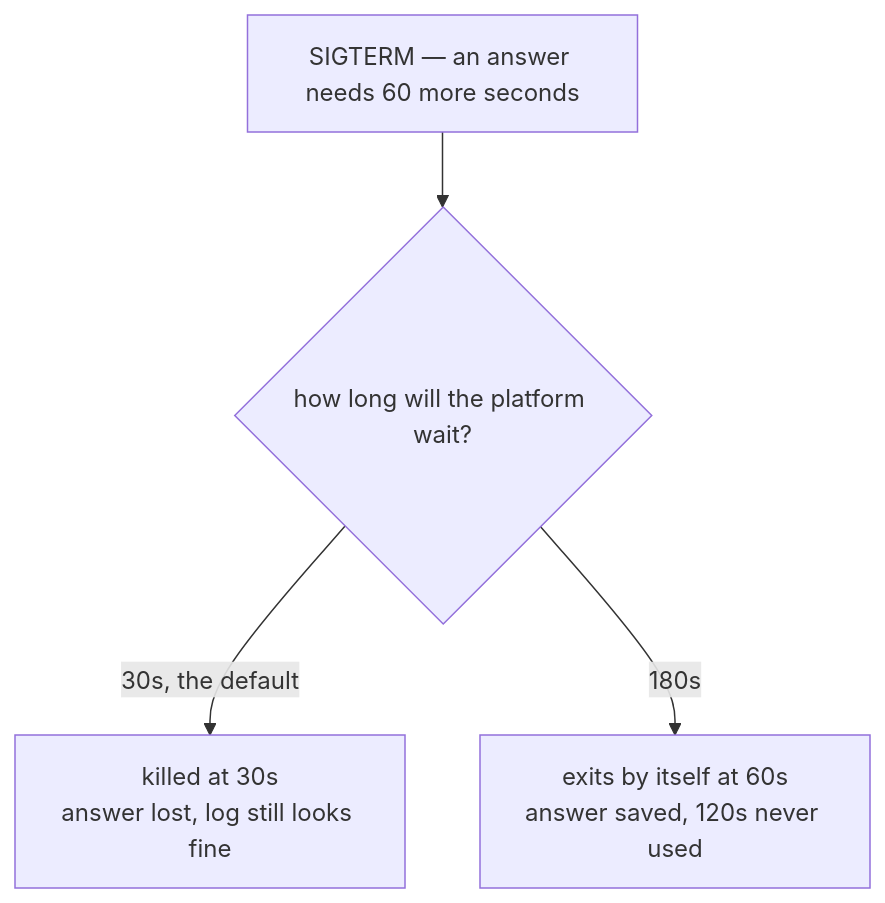
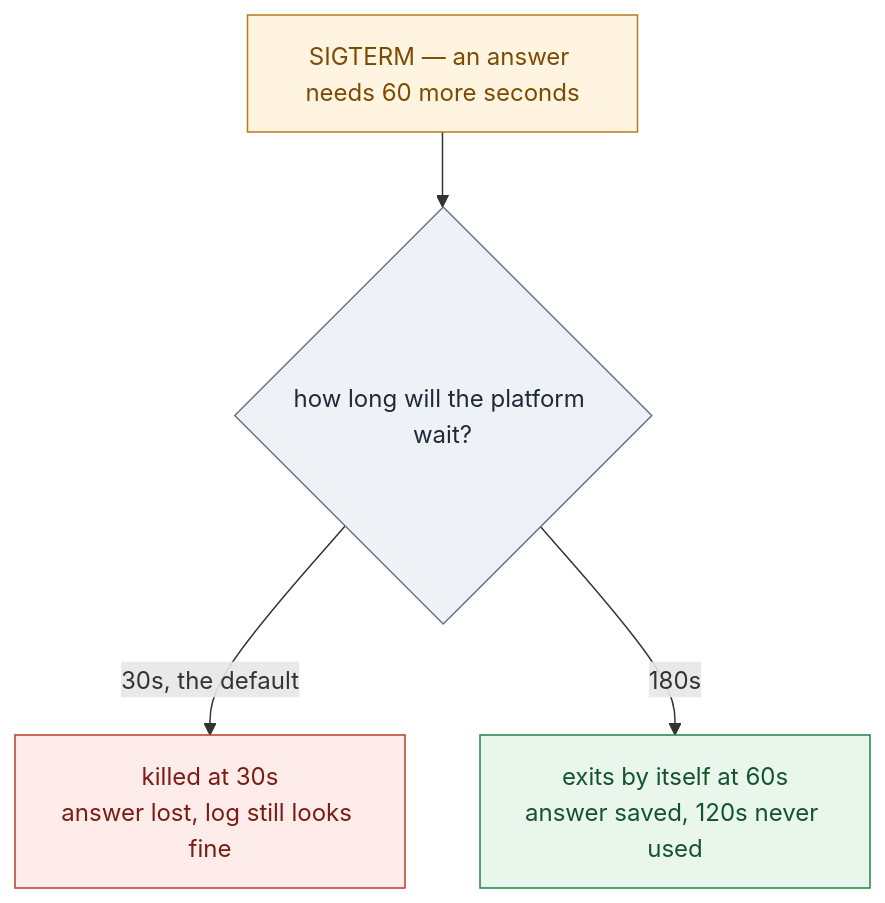
The sixth of 15 diagrams in docs/TESTING-SCALING.md (selvakumarperumal/Corporate_Filing_Analyzer_Agent), drawn with Mermaid before and after one commit. The commit also changed other lines of this file, not shown here.

Commit message:
docs: style mermaid diagrams and add 'When it happens' context callouts across scaling test rows

````diff
--- a/docs/TESTING-SCALING.md
+++ b/docs/TESTING-SCALING.md
@@ -704,6 +778,15 @@
 ```mermaid
 flowchart TB
   T["SIGTERM — an answer needs 60 more seconds"] --> S{"how long will the platform wait?"}
   S -->|"30s, the default"| K["killed at 30s<br/>answer lost, log still looks fine"]
   S -->|"180s"| G["exits by itself at 60s<br/>answer saved, 120s never used"]
+  classDef step fill:#eef2f7,stroke:#64748b,color:#1f2937
+  classDef bad fill:#fdecea,stroke:#c0392b,color:#7b1c14
+  classDef good fill:#e8f6ec,stroke:#1e8449,color:#14532d
+  classDef warn fill:#fff4e0,stroke:#b7791f,color:#7c4a03
+  classDef fix fill:#eef2ff,stroke:#4f46e5,color:#312e81
+  class T warn
+  class S step
+  class K bad
+  class G good
 ```
````
